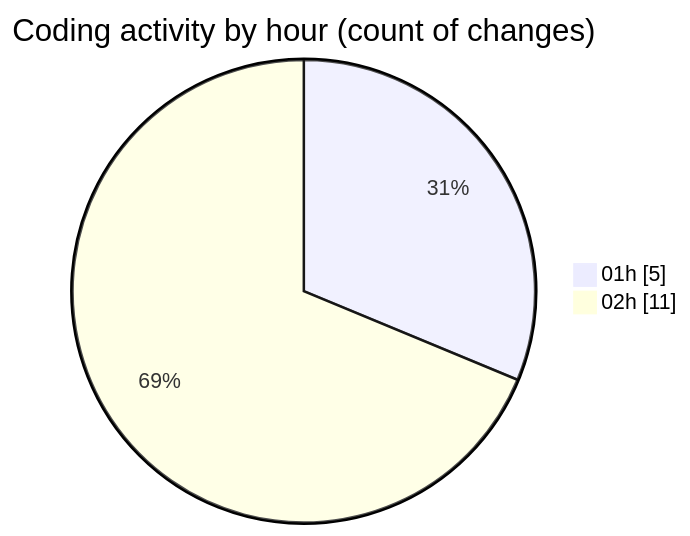
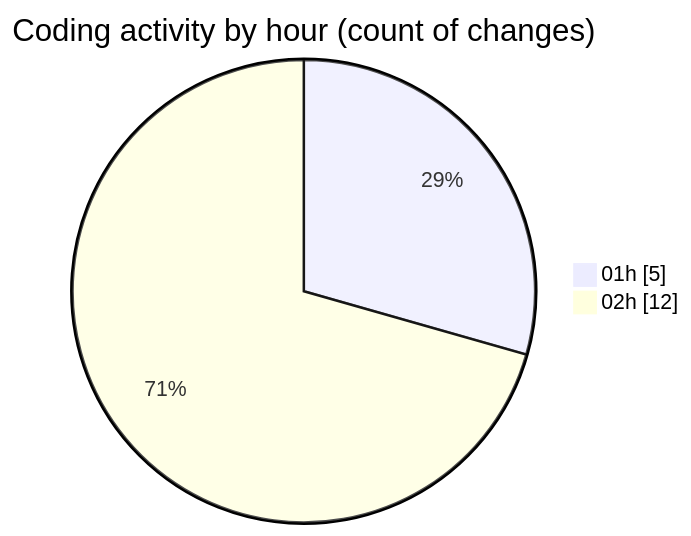
One commit to julien-gomy/code-tracking changed the second of 2 diagrams in 2025-10-23/eventscop-frontend-guide__workspace_/README.md. Above: the diagram before and after it, drawn with Mermaid. The commit also changed other lines of this file and 1 other file, not shown here.

````diff
--- a/2025-10-23/eventscop-frontend-guide__workspace_/README.md
+++ b/2025-10-23/eventscop-frontend-guide__workspace_/README.md
@@ -35,6 +35,6 @@
 ```mermaid
 pie showData
 title Coding activity by hour (count of changes)
 "01h" : 5
-"02h" : 11
+"02h" : 12
 ```
````
